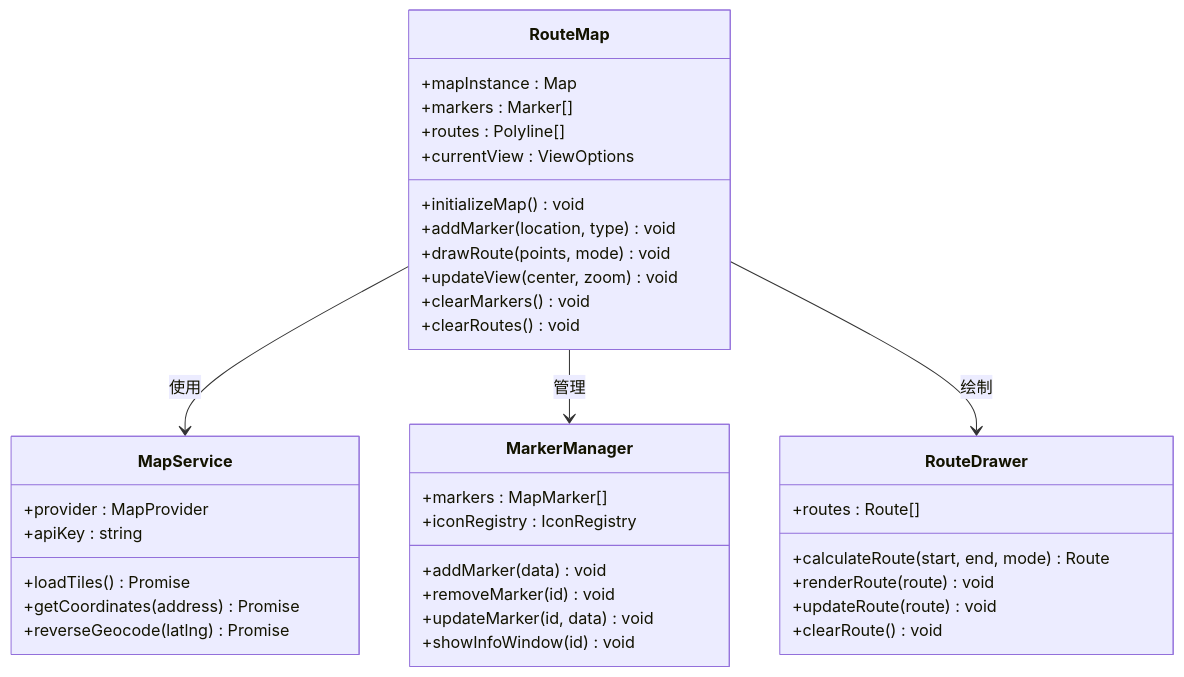
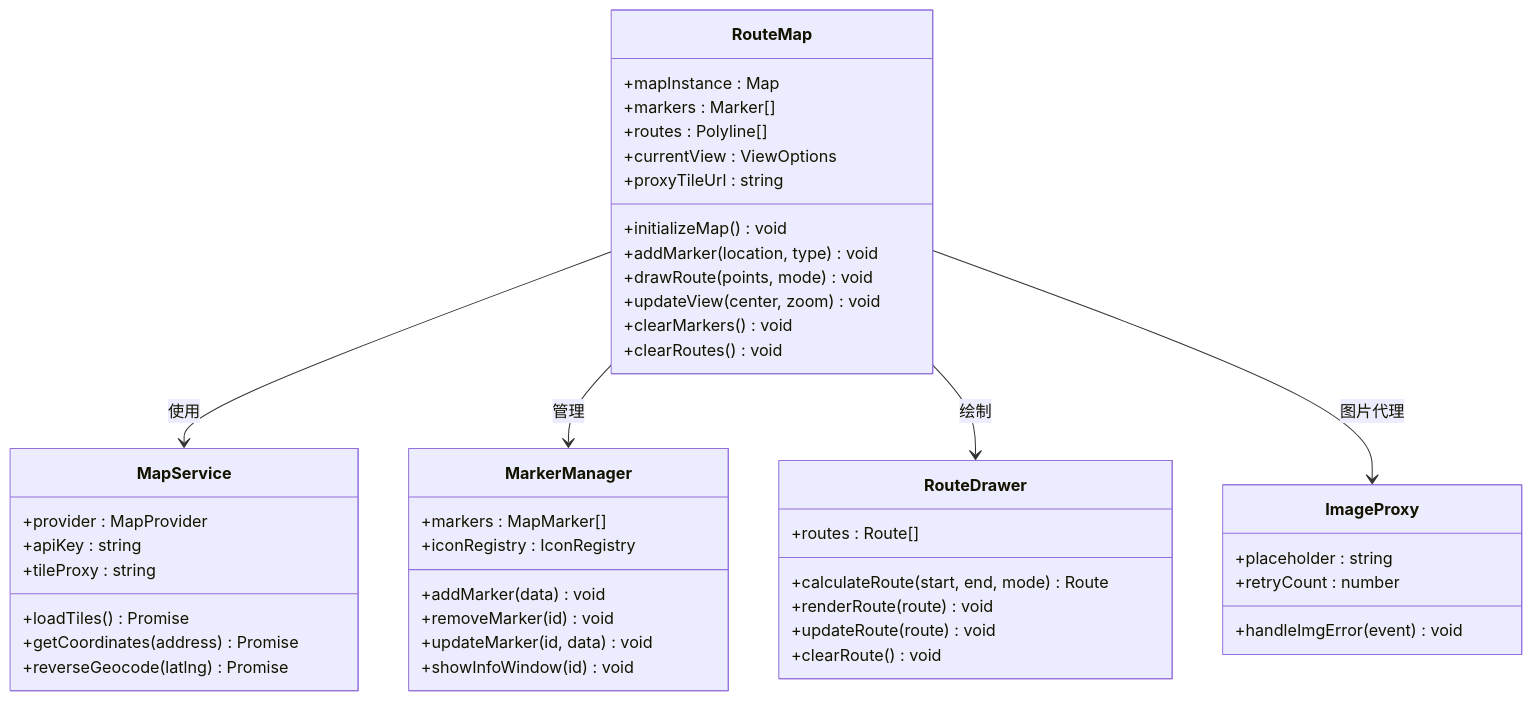
Before and after one commit to ititjjy/AITrip-plan: the fifth of 10 diagrams in .qoder/repowiki/zh/content/项目概述/核心功能特性/交互式地图服务.md, drawn with Mermaid. The commit also changed other lines of this file and 144 other files, not shown here.

````diff
--- a/.qoder/repowiki/zh/content/项目概述/核心功能特性/交互式地图服务.md
+++ b/.qoder/repowiki/zh/content/项目概述/核心功能特性/交互式地图服务.md
@@ -181,40 +287,48 @@
 ```mermaid
 classDiagram
 class RouteMap {
 +mapInstance : Map
 +markers : Marker[]
 +routes : Polyline[]
 +currentView : ViewOptions
++proxyTileUrl : string
 +initializeMap() void
 +addMarker(location, type) void
 +drawRoute(points, mode) void
 +updateView(center, zoom) void
 +clearMarkers() void
 +clearRoutes() void
 }
 class MapService {
 +provider : MapProvider
 +apiKey : string
++tileProxy : string
 +loadTiles() Promise
 +getCoordinates(address) Promise
 +reverseGeocode(latlng) Promise
 }
 class MarkerManager {
 +markers : MapMarker[]
 +iconRegistry : IconRegistry
 +addMarker(data) void
 +removeMarker(id) void
 +updateMarker(id, data) void
 +showInfoWindow(id) void
 }
 class RouteDrawer {
 +routes : Route[]
 +calculateRoute(start, end, mode) Route
 +renderRoute(route) void
 +updateRoute(route) void
 +clearRoute() void
 }
+class ImageProxy {
++handleImgError(event) void
++placeholder : string
++retryCount : number
+}
 RouteMap --> MapService : 使用
 RouteMap --> MarkerManager : 管理
 RouteMap --> RouteDrawer : 绘制
+RouteMap --> ImageProxy : 图片代理
 ```
````
